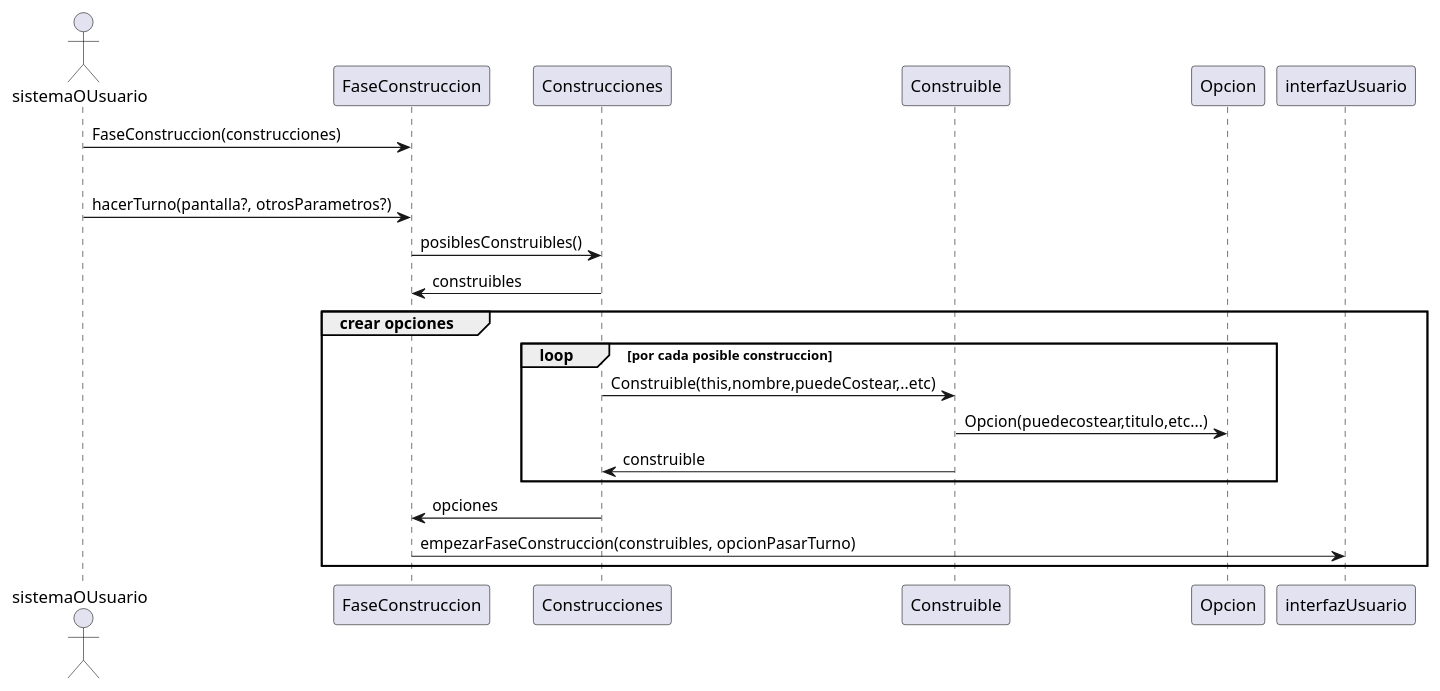
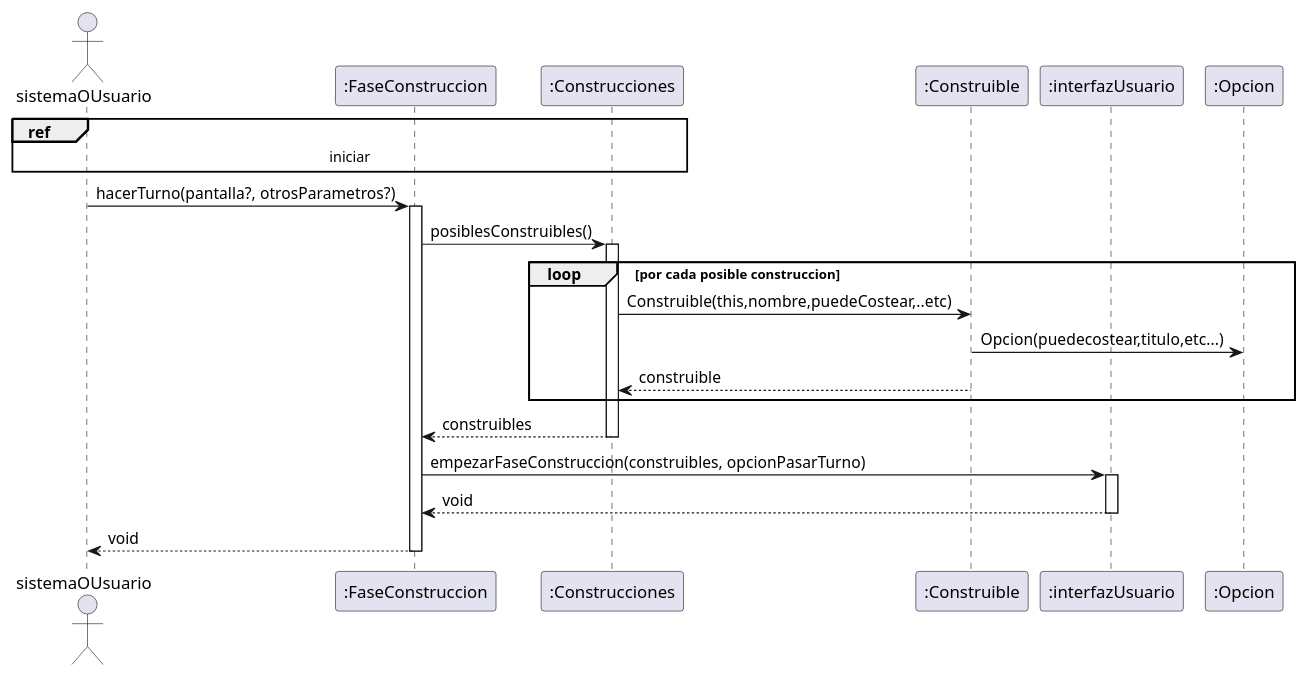
One commit to MarceloAgustinOrigoniGuillaume/Algo3_TP2_1C2023 changed the diagram in diagrams/sequences/prototipoMarcelo/faseConstruccion/faseConstruccionHacerTurno.puml. Above: the diagram before and after it, drawn with PlantUML. The commit also changed 6 other files, not shown here.

First line of the commit message:
haciendo mejor los diagramas

```diff
--- a/diagrams/sequences/prototipoMarcelo/faseConstruccion/faseConstruccionHacerTurno.puml
+++ b/diagrams/sequences/prototipoMarcelo/faseConstruccion/faseConstruccionHacerTurno.puml
@@ -1,24 +1,37 @@
 @startuml
 
 Actor sistemaOUsuario as sis
 
-sis -> FaseConstruccion : FaseConstruccion(construcciones)
+participant ":FaseConstruccion" as builder
+participant ":Construcciones" as estructuras
+participant ":Construible" as Construible
+participant ":interfazUsuario" as ui
+participant ":Opcion" as Opcion
 
-group inicador accion turno
-sis-> FaseConstruccion: hacerTurno(pantalla?, otrosParametros?)
+ref over sis, builder,estructuras :iniciar
 
-FaseConstruccion ->Construcciones: posiblesConstruibles()
-Construcciones -> FaseConstruccion : construibles
-group crear opciones
+sis-> builder: hacerTurno(pantalla?, otrosParametros?)
+activate builder
+
+builder ->estructuras: posiblesConstruibles()
+activate estructuras
+
+
 loop por cada posible construccion
-Construcciones -> Construible : Construible(this,nombre,puedeCostear,..etc)
+estructuras -> Construible : Construible(this,nombre,puedeCostear,..etc)
 Construible->Opcion :Opcion(puedecostear,titulo,etc...)
-Construible->Construcciones: construible
-end
-Construcciones->FaseConstruccion: opciones
-FaseConstruccion -> interfazUsuario : empezarFaseConstruccion(construibles, opcionPasarTurno)
-
+Construible-->estructuras: construible
 end
 
 
+estructuras-->builder: construibles
+deactivate estructuras
+builder -> ui : empezarFaseConstruccion(construibles, opcionPasarTurno)
+activate ui 
+ui --> builder: void
+deactivate ui 
+builder--> sis: void
+deactivate builder
+
+
 @enduml
```
